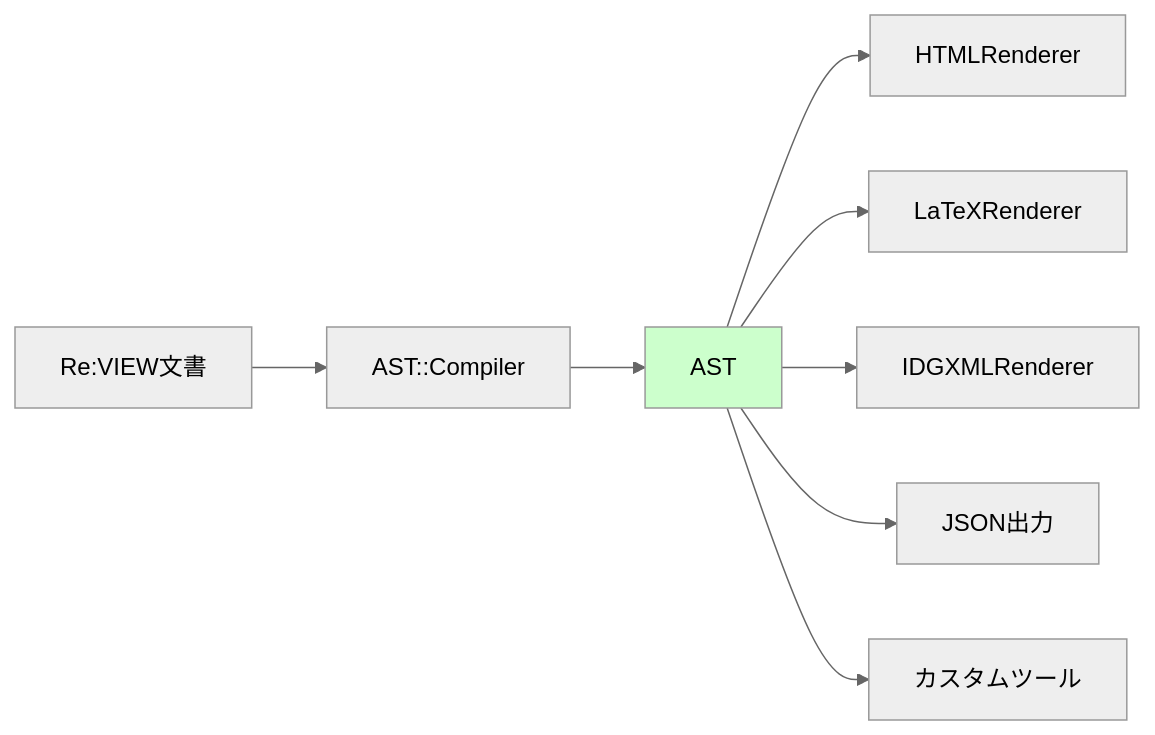
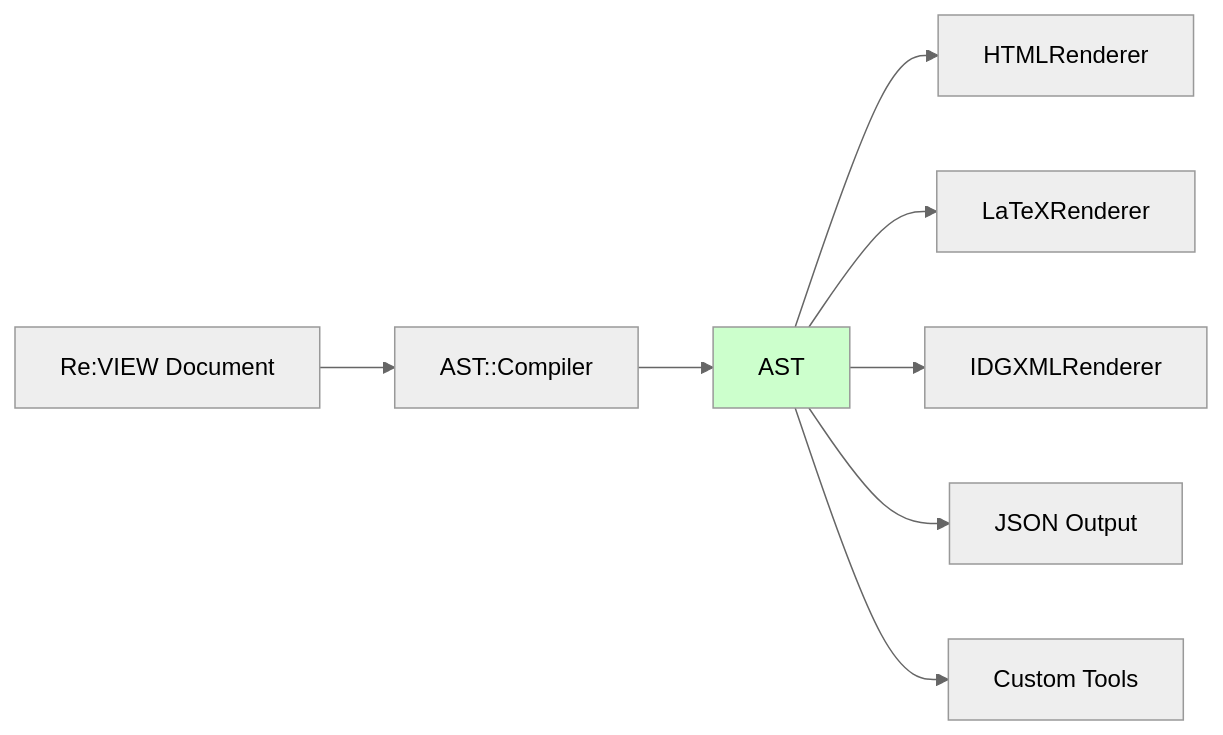
Before and after one commit to kmuto/review: the second of 5 diagrams in doc/ast.md, drawn with Mermaid (neutral theme). The commit also changed other lines of this file and 9 other files, not shown here.

````diff
--- a/doc/ast.md
+++ b/doc/ast.md
@@ -49,12 +49,12 @@
 ```mermaid
 graph LR
-    A[Re:VIEW文書] --> B[AST::Compiler]
+    A[Re:VIEW Document] --> B[AST::Compiler]
     B --> C[AST]
     C --> D[HTMLRenderer]
     C --> E[LaTeXRenderer]
     C --> F[IDGXMLRenderer]
-    C --> G[JSON出力]
-    C --> H[カスタムツール]
+    C --> G[JSON Output]
+    C --> H[Custom Tools]
 
     style C fill:#ccffcc
 ```
````
